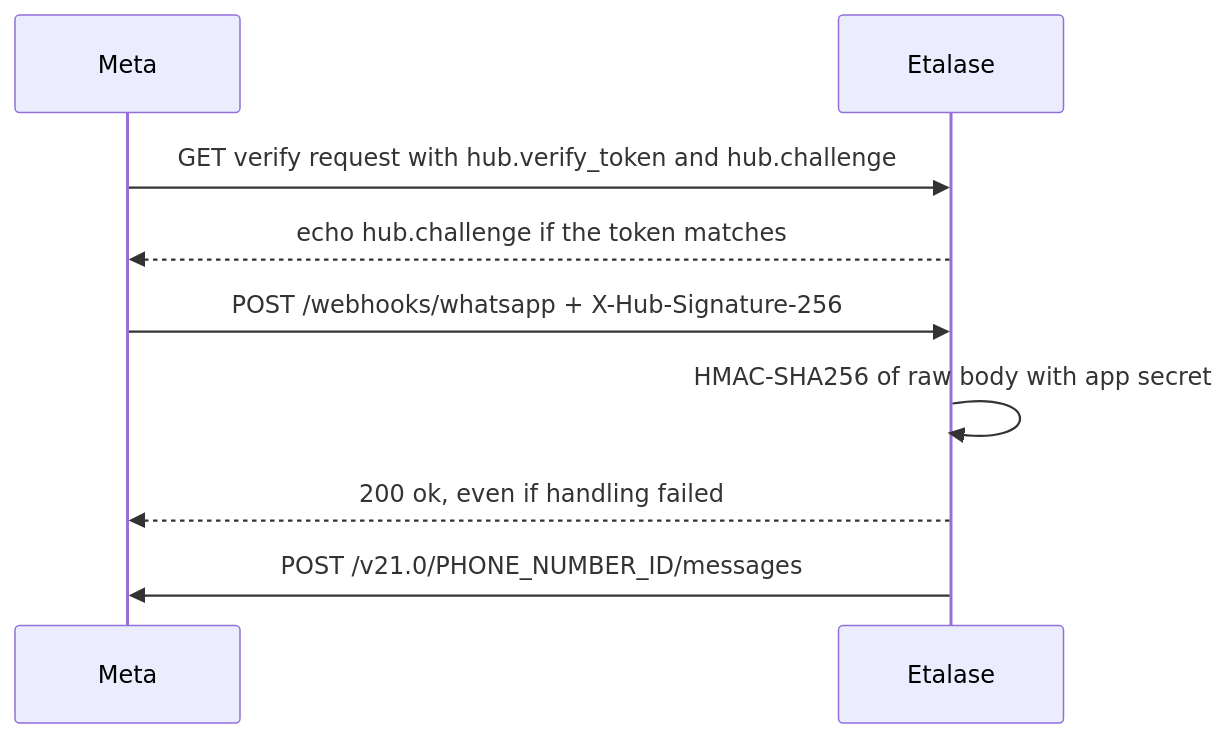
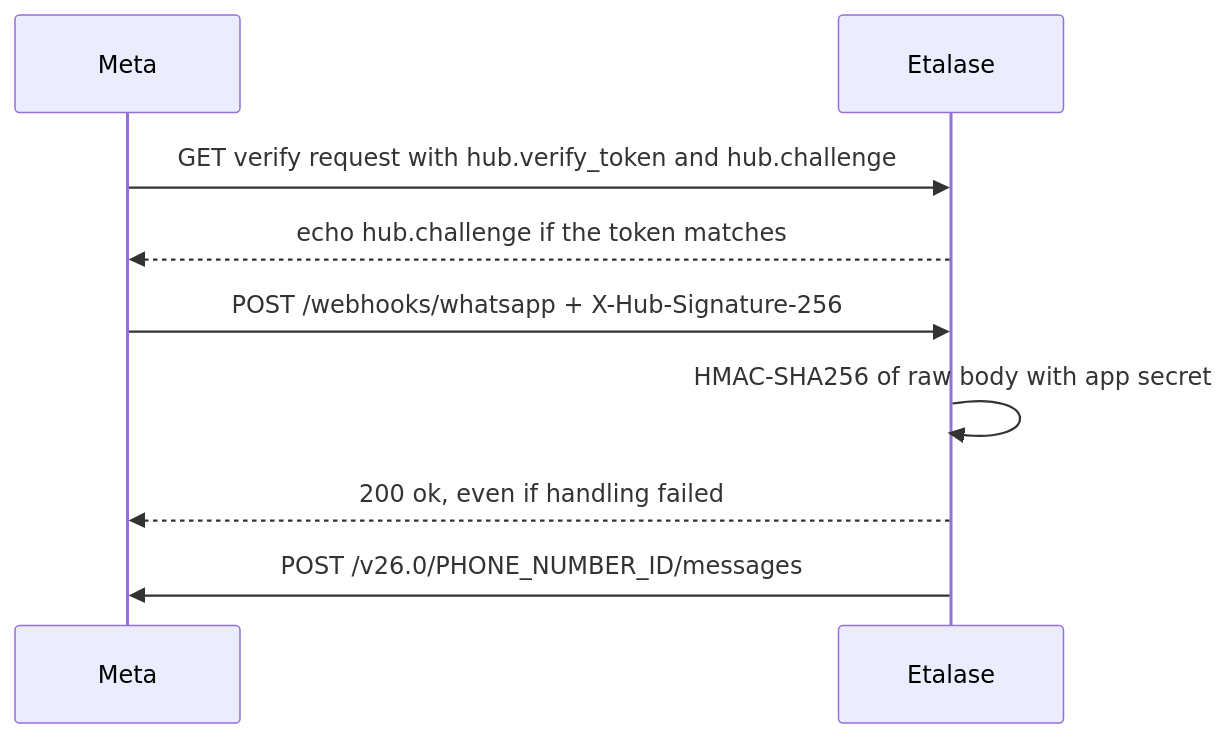
The second of 2 diagrams in learn/ship/real-services.md (galihsatriawan/etalase), drawn with Mermaid before and after one commit. The commit also changed other lines of this file and 50 other files, not shown here.

````diff
--- a/learn/ship/real-services.md
+++ b/learn/ship/real-services.md
@@ -117,11 +117,11 @@
 ```mermaid
 sequenceDiagram
   participant Meta
   participant E as Etalase
   Meta->>E: GET verify request with hub.verify_token and hub.challenge
   E-->>Meta: echo hub.challenge if the token matches
   Meta->>E: POST /webhooks/whatsapp + X-Hub-Signature-256
   E->>E: HMAC-SHA256 of raw body with app secret
   E-->>Meta: 200 ok, even if handling failed
-  E->>Meta: POST /v21.0/PHONE_NUMBER_ID/messages
+  E->>Meta: POST /v26.0/PHONE_NUMBER_ID/messages
 ```
````
